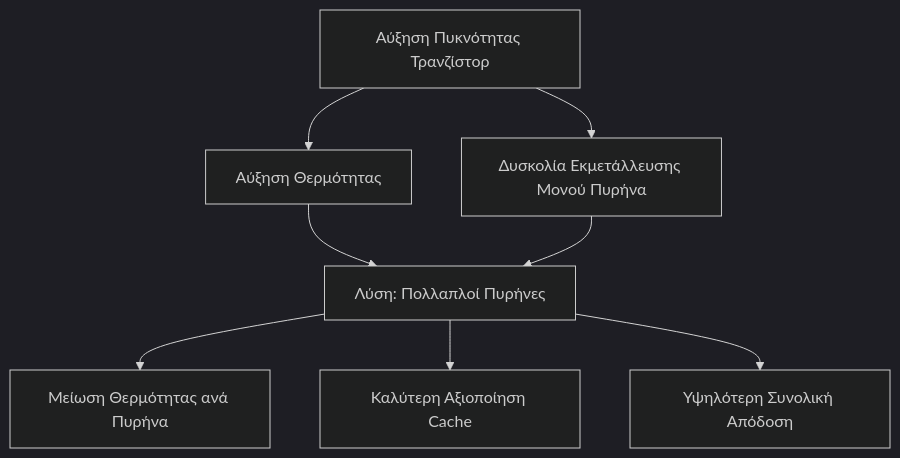
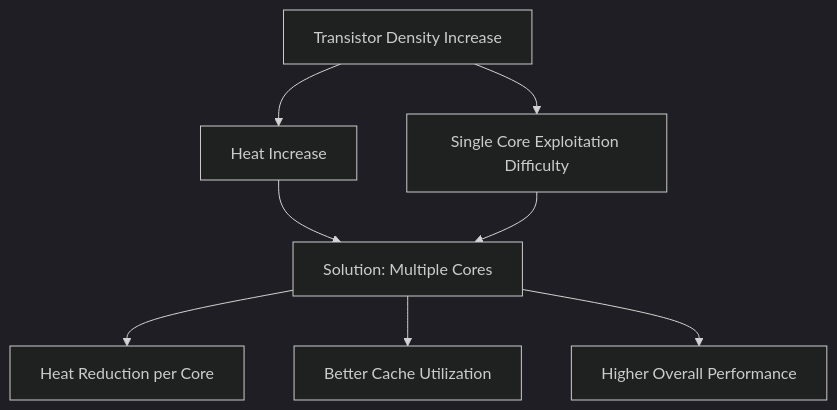
The first of 15 diagrams in Year_2/Semester_3/COMPUTER_ARCHITECTURE/Resources/Notes/Multicore-Processors-Notes-11.md (PanagopoulosNikolaos/DitOpenNotes), drawn with Mermaid (dark theme) before and after one commit. The commit also changed other lines of this file and 50 other files, not shown here.

````diff
--- a/Year_2/Semester_3/COMPUTER_ARCHITECTURE/Resources/Notes/Multicore-Processors-Notes-11.md
+++ b/Year_2/Semester_3/COMPUTER_ARCHITECTURE/Resources/Notes/Multicore-Processors-Notes-11.md
@@ -89,10 +89,10 @@
 ```mermaid
 graph TD
-    A[Αύξηση Πυκνότητας Τρανζίστορ] --> B[Αύξηση Θερμότητας]
-    A --> C[Δυσκολία Εκμετάλλευσης Μονού Πυρήνα]
-    B --> D[Λύση: Πολλαπλοί Πυρήνες]
+    A[Transistor Density Increase] --> B[Heat Increase]
+    A --> C[Single Core Exploitation Difficulty]
+    B --> D[Solution: Multiple Cores]
     C --> D
-    D --> E[Μείωση Θερμότητας ανά Πυρήνα]
-    D --> F[Καλύτερη Αξιοποίηση Cache]
-    D --> G[Υψηλότερη Συνολική Απόδοση]
+    D --> E[Heat Reduction per Core]
+    D --> F[Better Cache Utilization]
+    D --> G[Higher Overall Performance]
 ```
````
